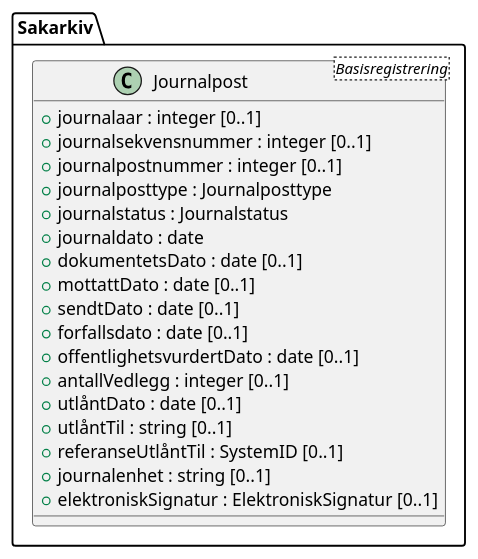
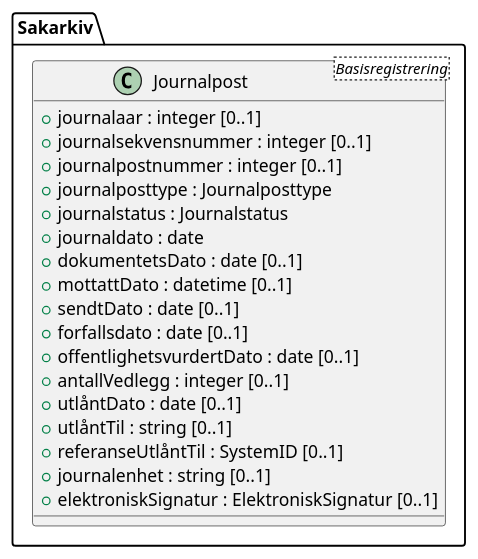
The diagram in kapitler/media/uml-class-journalpost.iuml (arkivverket/noark5-tjenestegrensesnitt-standard), drawn with PlantUML before and after one commit. The commit also changed 1 other file, not shown here.

Commit message:
Correct type of Journalpost.mottattDato from 'date' to 'datetime'.
This bring it in line with the XML Schema specification for
Noark 5 version 4, where the type is either 'date' or 'datetime',
and as date is a subset of datetime, I believe the API need to
provide the type with most resolution.

Fixes #103

```diff
--- a/kapitler/media/uml-class-journalpost.iuml
+++ b/kapitler/media/uml-class-journalpost.iuml
@@ -1,21 +1,21 @@
 @startuml
 class Sakarkiv.Journalpost <Basisregistrering> {
   +journalaar : integer [0..1]
   +journalsekvensnummer : integer [0..1]
   +journalpostnummer : integer [0..1]
   +journalposttype : Journalposttype
   +journalstatus : Journalstatus
   +journaldato : date
   +dokumentetsDato : date [0..1]
-  +mottattDato : date [0..1]
+  +mottattDato : datetime [0..1]
   +sendtDato : date [0..1]
   +forfallsdato : date [0..1]
   +offentlighetsvurdertDato : date [0..1]
   +antallVedlegg : integer [0..1]
   +utlåntDato : date [0..1]
   +utlåntTil : string [0..1]
   +referanseUtlåntTil : SystemID [0..1]
   +journalenhet : string [0..1]
   +elektroniskSignatur : ElektroniskSignatur [0..1]
 }
 @enduml
```
